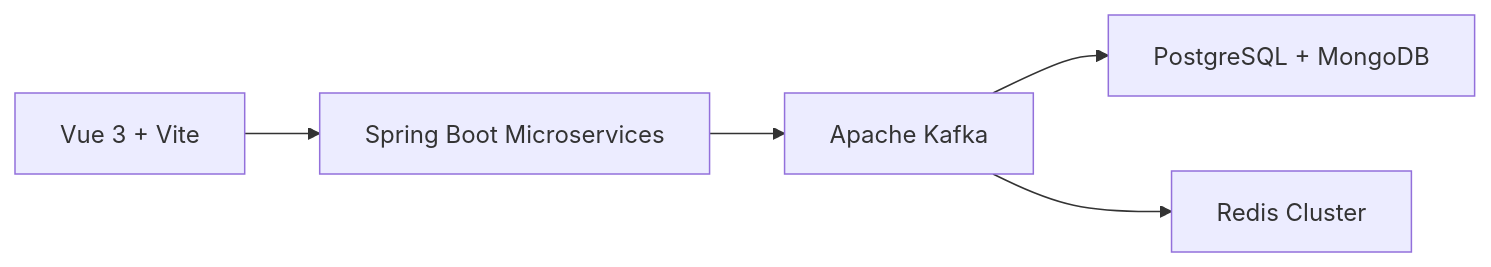
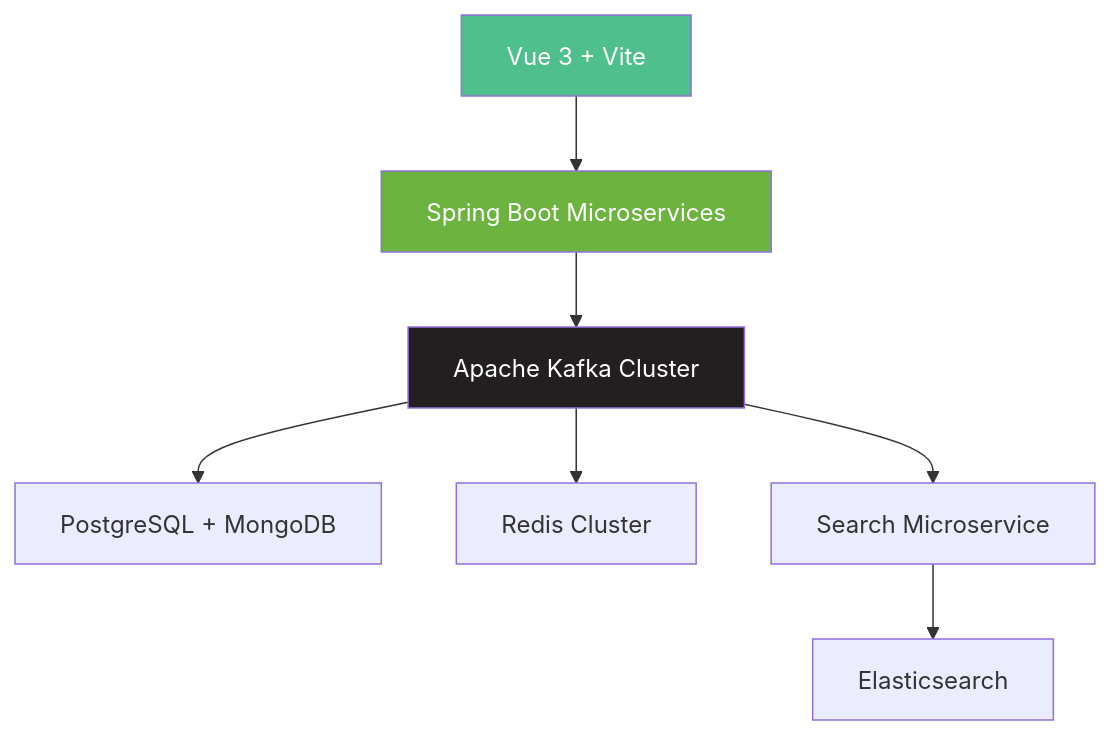
One commit to mentech93/mentech93 changed the ninth of 17 diagrams in README.md. Above: the diagram before and after it, drawn with Mermaid. The commit also changed other lines of this file, not shown here.

````diff
--- a/README.md
+++ b/README.md
@@ -627,7 +763,13 @@
 ```mermaid
-graph LR
+graph TB
     A[Vue 3 + Vite] --> B[Spring Boot Microservices]
-    B --> C[Apache Kafka]
+    B --> C[Apache Kafka Cluster]
     C --> D[PostgreSQL + MongoDB]
     C --> E[Redis Cluster]
+    C --> F[Search Microservice]
+    F --> G[Elasticsearch]
+    
+    style A fill:#4FC08D,color:#fff
+    style B fill:#6DB33F,color:#fff
+    style C fill:#231F20,color:#fff
 ```
````
